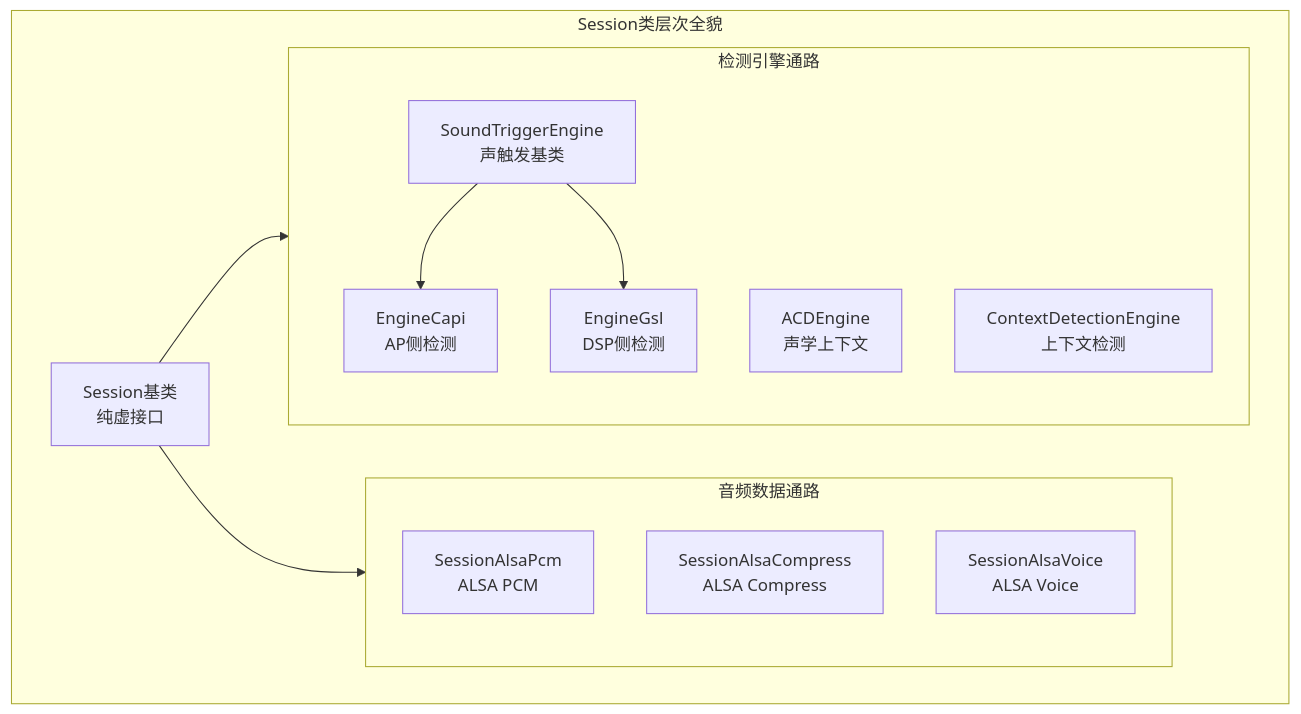
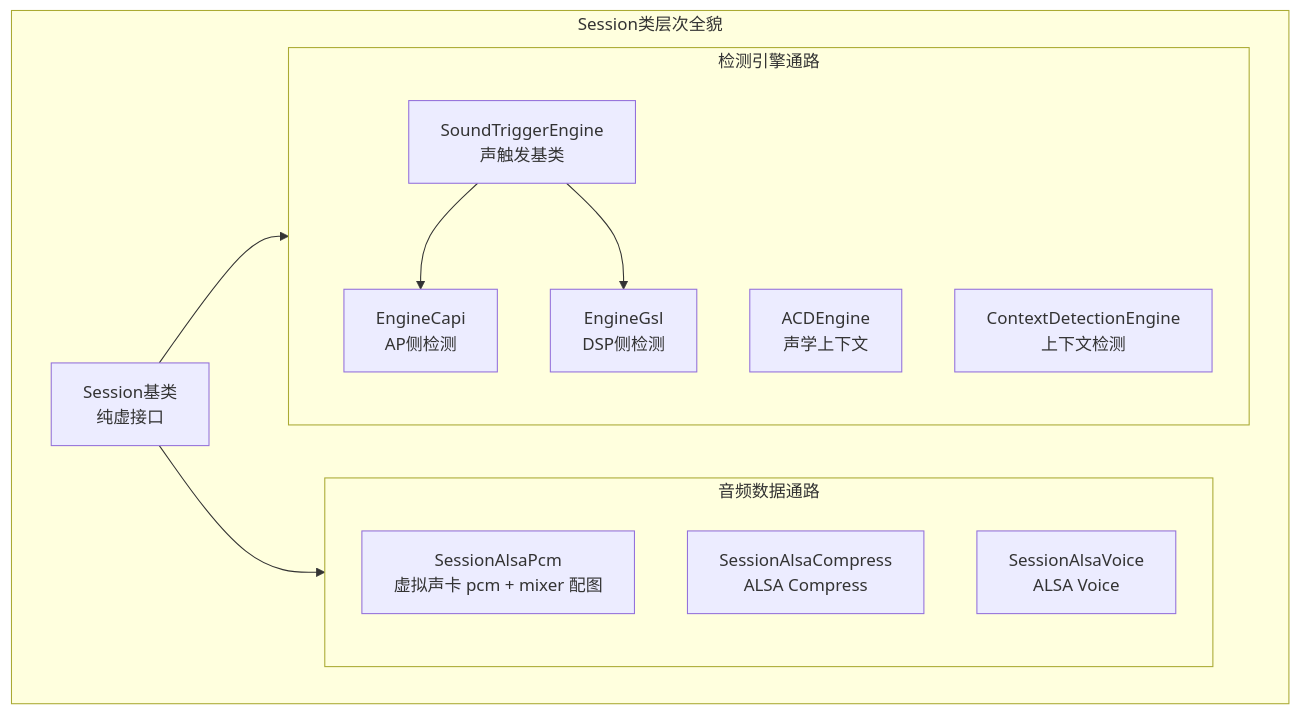
One commit to yanglinzhen1022/SA8295_AAOS_QNX_Audio_KnowledgeBase changed diagram 20 of 20 in 15_PAL_Architecture/15_15.5_核心类层次图-Stream-Device-Session.md. Above: the diagram before and after it, drawn with Mermaid. The commit also changed other lines of this file and 6 other files, not shown here.

````diff
--- a/15_PAL_Architecture/15_15.5_核心类层次图-Stream-Device-Session.md
+++ b/15_PAL_Architecture/15_15.5_核心类层次图-Stream-Device-Session.md
@@ -1695,26 +1711,25 @@
 ```mermaid
 graph TB
     subgraph SessionHierarchy[Session类层次全貌]
         Session[Session基类<br/>纯虚接口]
 
         subgraph AudioPath[音频数据通路]
-            SessionAlsaPcm[SessionAlsaPcm<br/>AGM/GSL音频图]
-            SessionAlsaPcm[SessionAlsaPcm<br/>ALSA PCM]
+            SessionAlsaPcm[SessionAlsaPcm<br/>虚拟声卡 pcm + mixer 配图]
             SessionAlsaCompress[SessionAlsaCompress<br/>ALSA Compress]
             SessionAlsaVoice[SessionAlsaVoice<br/>ALSA Voice]
         end
 
         subgraph DetectPath[检测引擎通路]
             STEngine[SoundTriggerEngine<br/>声触发基类]
             STEngineCapi[EngineCapi<br/>AP侧检测]
             STEngineGsl[EngineGsl<br/>DSP侧检测]
             ACDEngine[ACDEngine<br/>声学上下文]
             CtxEngine[ContextDetectionEngine<br/>上下文检测]
         end
     end
 
     Session --> AudioPath
     Session --> DetectPath
     STEngine --> STEngineCapi
     STEngine --> STEngineGsl
 ```
````
